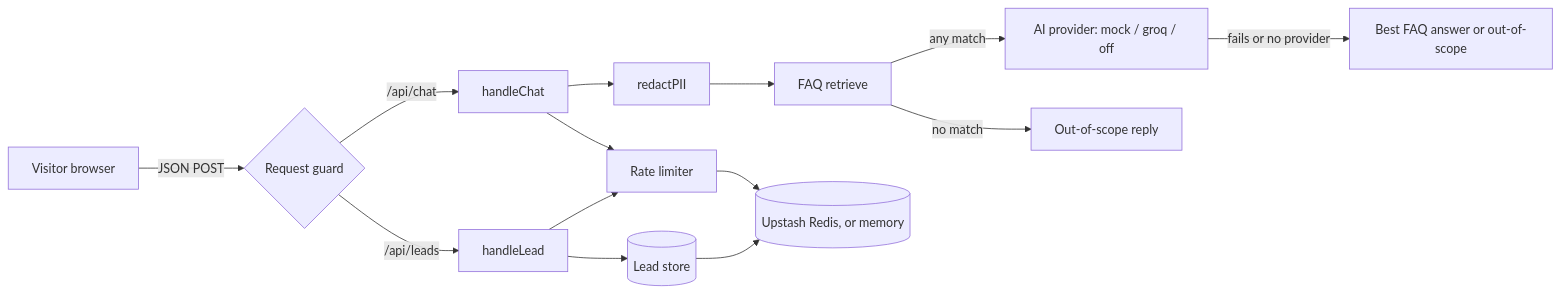
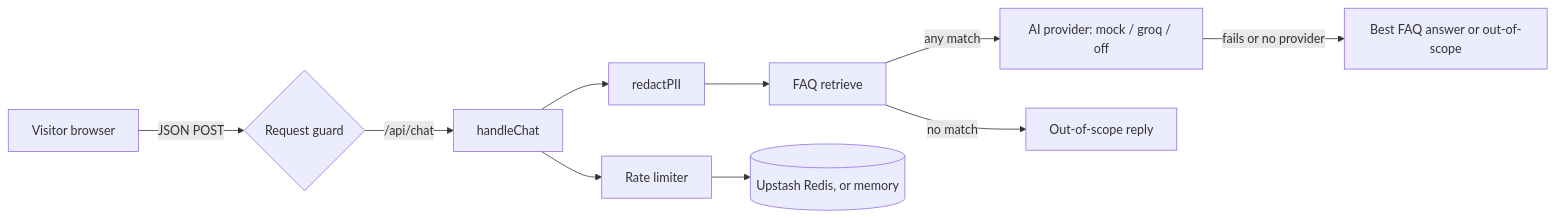
The diagram in README.md (huutin000/northwind-dental), drawn with Mermaid before and after one commit. The commit also changed other lines of this file and 50 other files, not shown here.

````diff
--- a/README.md
+++ b/README.md
@@ -23,15 +23,12 @@
 ```mermaid
 flowchart LR
   V[Visitor browser] -->|JSON POST| G{Request guard}
   G -->|/api/chat| C[handleChat]
-  G -->|/api/leads| L[handleLead]
   C --> P[redactPII]
   P --> R[FAQ retrieve]
   R -->|any match| A[AI provider: mock / groq / off]
   R -->|no match| O[Out-of-scope reply]
   A -->|fails or no provider| F[Best FAQ answer or out-of-scope]
-  C & L --> RL[Rate limiter]
-  L --> S[(Lead store)]
+  C --> RL[Rate limiter]
   RL --> K[(Upstash Redis, or memory)]
-  S --> K
 ```
````
